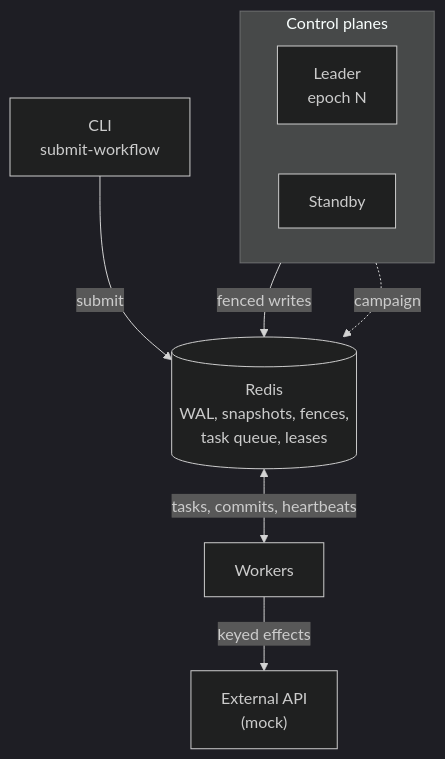
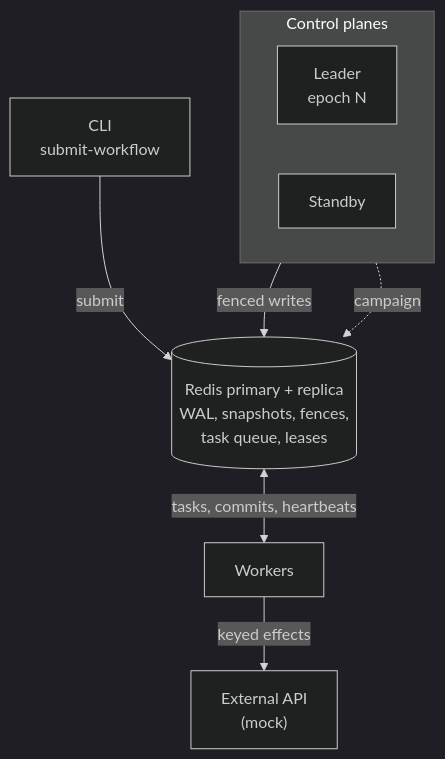
Before and after one commit to andrey-tretyak/project-aether: the diagram in README.md, drawn with Mermaid (dark theme). The commit also changed other lines of this file and 15 other files, not shown here.

First line of the commit message:
Survive losing the Redis primary: Sentinel failover and replica-acked writes

````diff
--- a/README.md
+++ b/README.md
@@ -34,18 +36,18 @@
 ```mermaid
 flowchart TB
   Client["CLI<br/>submit-workflow"]
   subgraph CP["Control planes"]
     direction LR
     Leader["Leader<br/>epoch N"]
     Standby["Standby"]
   end
-  Redis[("Redis<br/>WAL, snapshots, fences,<br/>task queue, leases")]
+  Redis[("Redis primary + replica<br/>WAL, snapshots, fences,<br/>task queue, leases")]
   Workers["Workers"]
   API["External API<br/>(mock)"]
 
   Client -->|"submit"| Redis
   Leader -->|"fenced writes"| Redis
   Standby -.->|"campaign"| Redis
   Redis <-->|"tasks, commits, heartbeats"| Workers
   Workers -->|"keyed effects"| API
 ```
````
